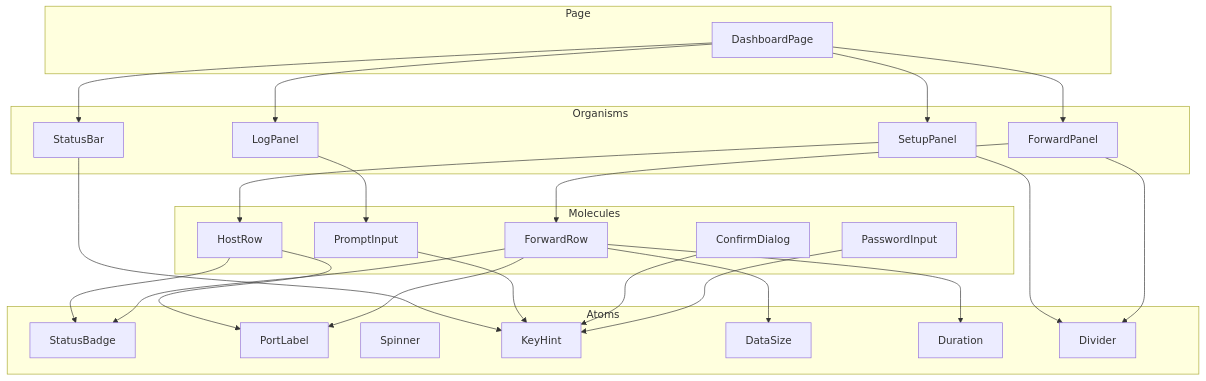
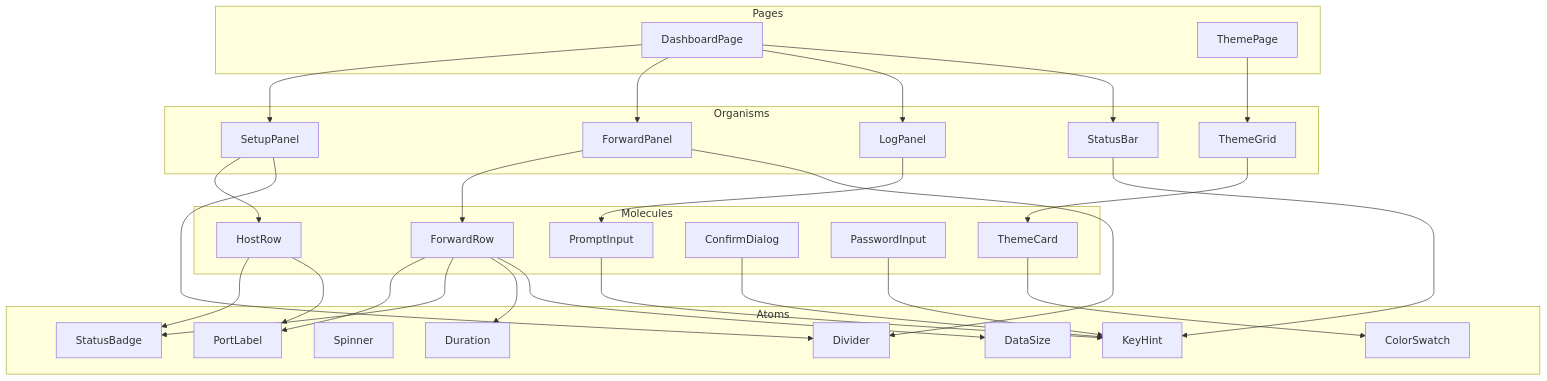
The seventh of 17 diagrams in docs/architecture/overview.md (ousiassllc/MolePort), drawn with Mermaid before and after one commit. The commit also changed other lines of this file, not shown here.

````diff
--- a/docs/architecture/overview.md
+++ b/docs/architecture/overview.md
@@ -284,53 +290,61 @@
 ```mermaid
 graph TD
-    subgraph Page
+    subgraph Pages
         Dashboard["DashboardPage"]
+        ThemePage["ThemePage"]
     end
 
     subgraph Organisms
         SP["SetupPanel"]
         FP["ForwardPanel"]
         LP["LogPanel"]
         SB["StatusBar"]
+        TG["ThemeGrid"]
     end
 
     subgraph Molecules
         HR["HostRow"]
         FR["ForwardRow"]
         PI["PromptInput"]
         CD["ConfirmDialog"]
         PW["PasswordInput"]
+        TC["ThemeCard"]
     end
 
     subgraph Atoms
         Badge["StatusBadge"]
         Port["PortLabel"]
         Spin["Spinner"]
         Key["KeyHint"]
         DS["DataSize"]
         Dur["Duration"]
         Div["Divider"]
+        CS["ColorSwatch"]
     end
 
     Dashboard --> SP
     Dashboard --> FP
     Dashboard --> LP
     Dashboard --> SB
+
+    ThemePage --> TG
+    TG --> TC
+    TC --> CS
 
     SP --> HR
     SP --> Div
     FP --> FR
     FP --> Div
     LP --> PI
     SB --> Key
 
     HR --> Badge
     HR --> Port
     FR --> Port
     FR --> Badge
     FR --> Dur
     FR --> DS
     PI --> Key
     CD --> Key
     PW --> Key
 ```
````
